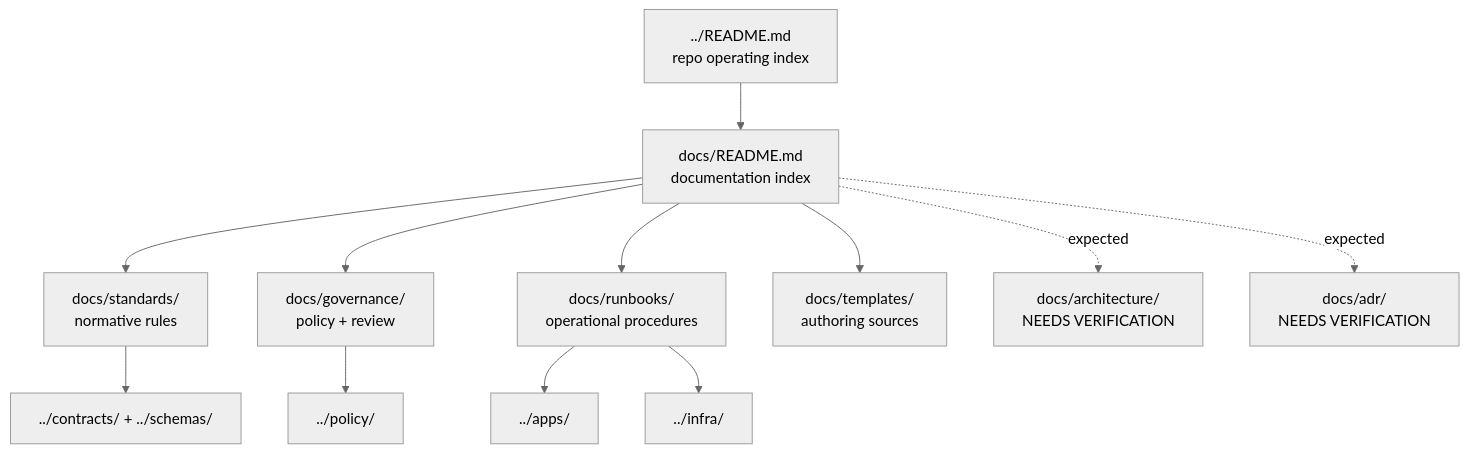
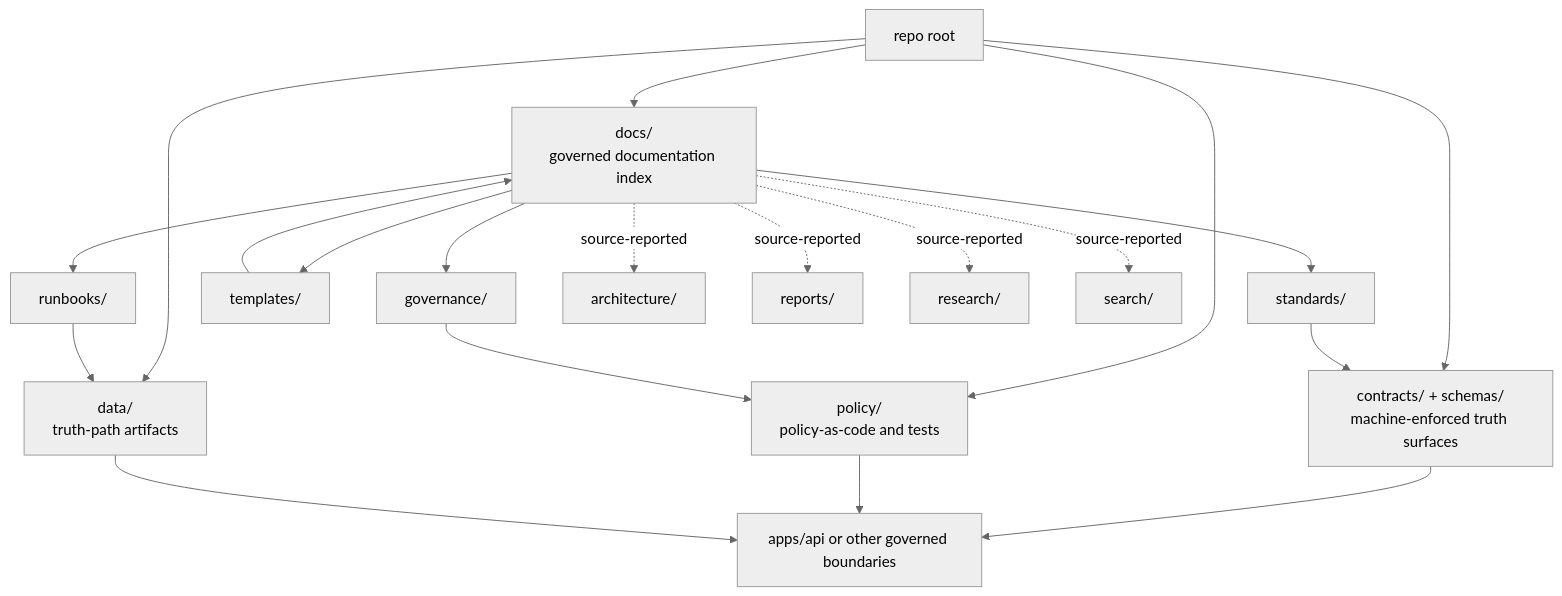
Before and after one commit to bartytime4life/Kansas-Frontier-Matrix: the diagram in docs/README.md, drawn with Mermaid (neutral theme). The commit also changed other lines of this file, not shown here.

````diff
--- a/docs/README.md
+++ b/docs/README.md
@@ -178,16 +185,26 @@
 ```mermaid
 flowchart TD
-    ROOT["../README.md<br/>repo operating index"] --> DOCS["docs/README.md<br/>documentation index"]
-    DOCS --> STD["docs/standards/<br/>normative rules"]
-    DOCS --> GOV["docs/governance/<br/>policy + review"]
-    DOCS --> RUN["docs/runbooks/<br/>operational procedures"]
-    DOCS --> TMP["docs/templates/<br/>authoring sources"]
+    ROOT["repo root"] --> DOCS["docs/<br/>governed documentation index"]
+    ROOT --> CONTRACTS["contracts/ + schemas/<br/>machine-enforced truth surfaces"]
+    ROOT --> POLICY["policy/<br/>policy-as-code and tests"]
+    ROOT --> DATA["data/<br/>truth-path artifacts"]
 
-    STD --> CONTRACTS["../contracts/ + ../schemas/"]
-    GOV --> POLICY["../policy/"]
-    RUN --> APPS["../apps/"]
-    RUN --> INFRA["../infra/"]
+    DOCS --> GOV["governance/"]
+    DOCS --> STD["standards/"]
+    DOCS --> TMP["templates/"]
+    DOCS --> RUN["runbooks/"]
 
-    DOCS -. expected .-> ARCH["docs/architecture/<br/>NEEDS VERIFICATION"]
-    DOCS -. expected .-> ADR["docs/adr/<br/>NEEDS VERIFICATION"]
+    DOCS -. source-reported .-> ARCH["architecture/"]
+    DOCS -. source-reported .-> RPT["reports/"]
+    DOCS -. source-reported .-> RES["research/"]
+    DOCS -. source-reported .-> SRCH["search/"]
+
+    GOV --> POLICY
+    STD --> CONTRACTS
+    RUN --> DATA
+    TMP --> DOCS
+
+    CONTRACTS --> API["apps/api or other governed boundaries"]
+    POLICY --> API
+    DATA --> API
 ```
````
